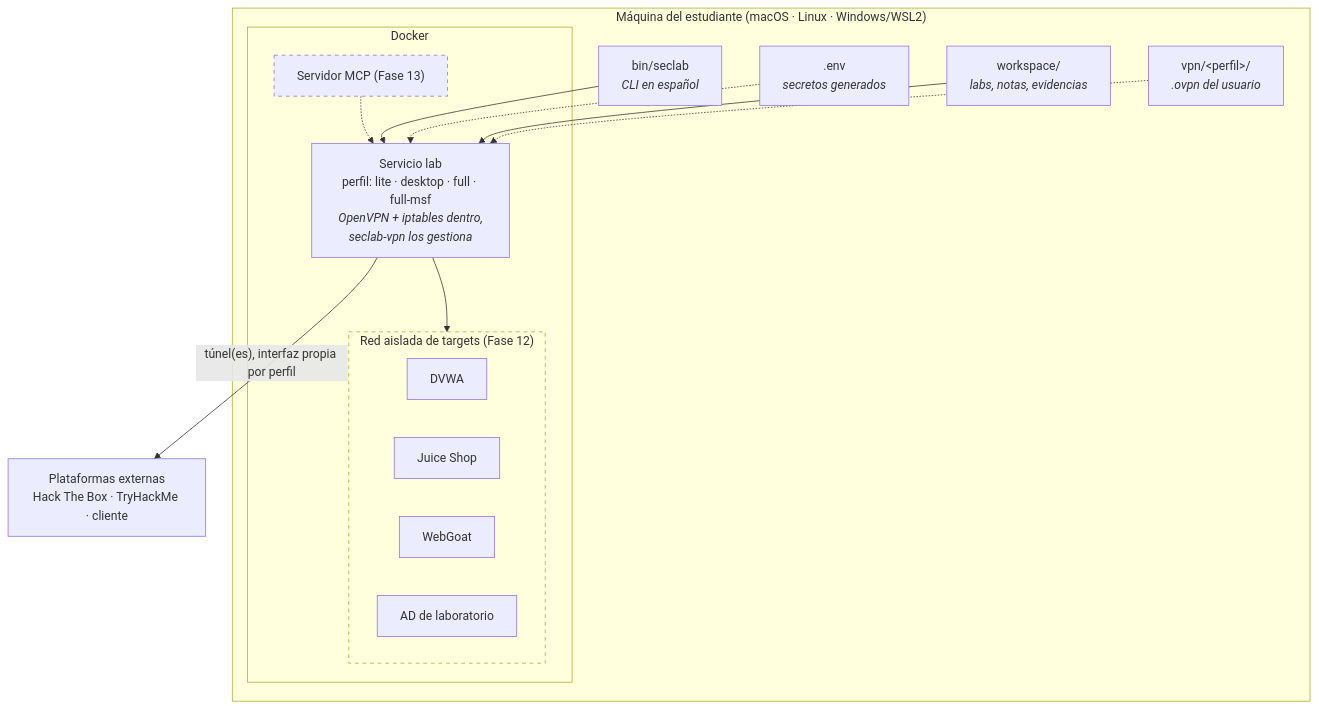
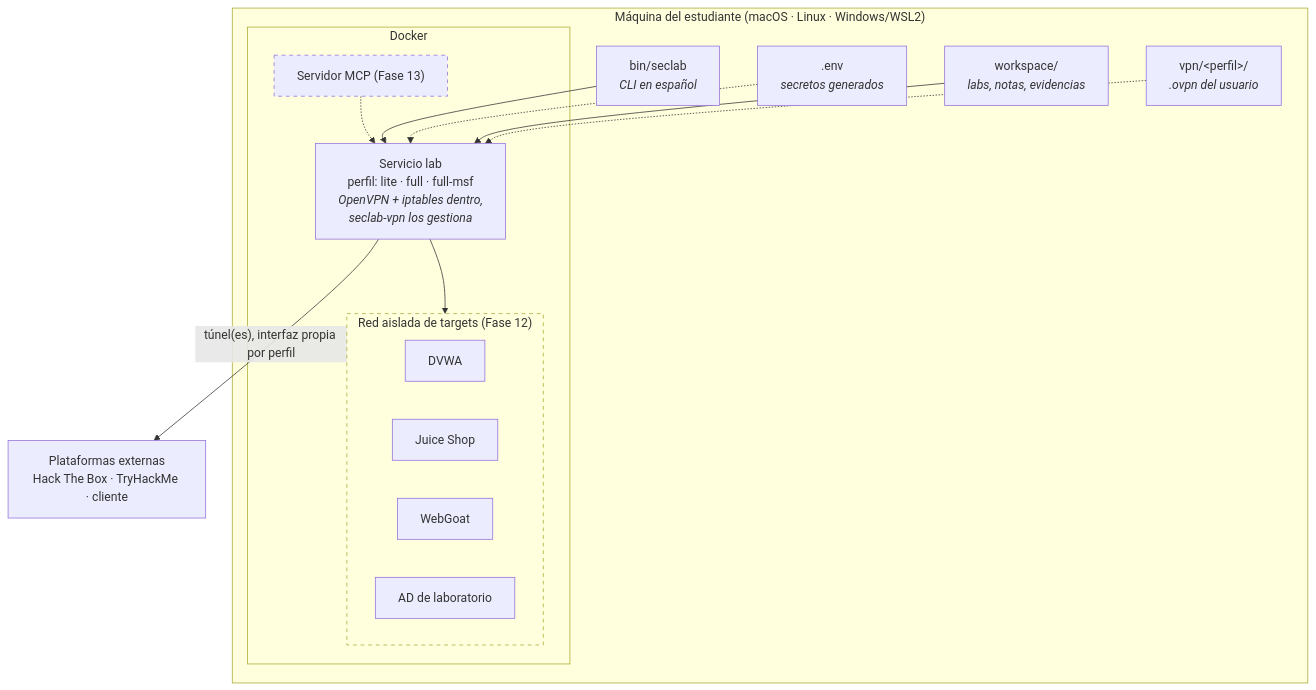
One commit to hackadvisermx/sec-lab-claude changed the first of 3 diagrams in docs/arquitectura.md. Above: the diagram before and after it, drawn with Mermaid. The commit also changed other lines of this file and 40 other files, not shown here.

````diff
--- a/docs/arquitectura.md
+++ b/docs/arquitectura.md
@@ -10,33 +10,33 @@
 ```mermaid
 graph TB
     subgraph host["Máquina del estudiante (macOS · Linux · Windows/WSL2)"]
         cli["bin/seclab<br/><i>CLI en español</i>"]
         env[".env<br/><i>secretos generados</i>"]
         ws["workspace/<br/><i>labs, notas, evidencias</i>"]
         vpncfg["vpn/&lt;perfil&gt;/<br/><i>.ovpn del usuario</i>"]
 
         subgraph docker["Docker"]
-            lab["Servicio lab<br/>perfil: lite · desktop · full · full-msf<br/><i>OpenVPN + iptables dentro,<br/>seclab-vpn los gestiona</i>"]
+            lab["Servicio lab<br/>perfil: lite · full · full-msf<br/><i>OpenVPN + iptables dentro,<br/>seclab-vpn los gestiona</i>"]
             subgraph targets["Red aislada de targets (Fase 12)"]
                 dvwa["DVWA"]
                 juice["Juice Shop"]
                 webgoat["WebGoat"]
                 adlab["AD de laboratorio"]
             end
             mcp["Servidor MCP (Fase 13)"]
         end
     end
 
     ext["Plataformas externas<br/>Hack The Box · TryHackMe · cliente"]
 
     cli --> lab
     env -.-> lab
     ws --> lab
     vpncfg -.-> lab
     lab --> targets
     lab -->|"túnel(es), interfaz propia por perfil"| ext
     mcp -.-> lab
 
     classDef opcional stroke-dasharray: 5 5
     class targets,mcp opcional
 ```
````
